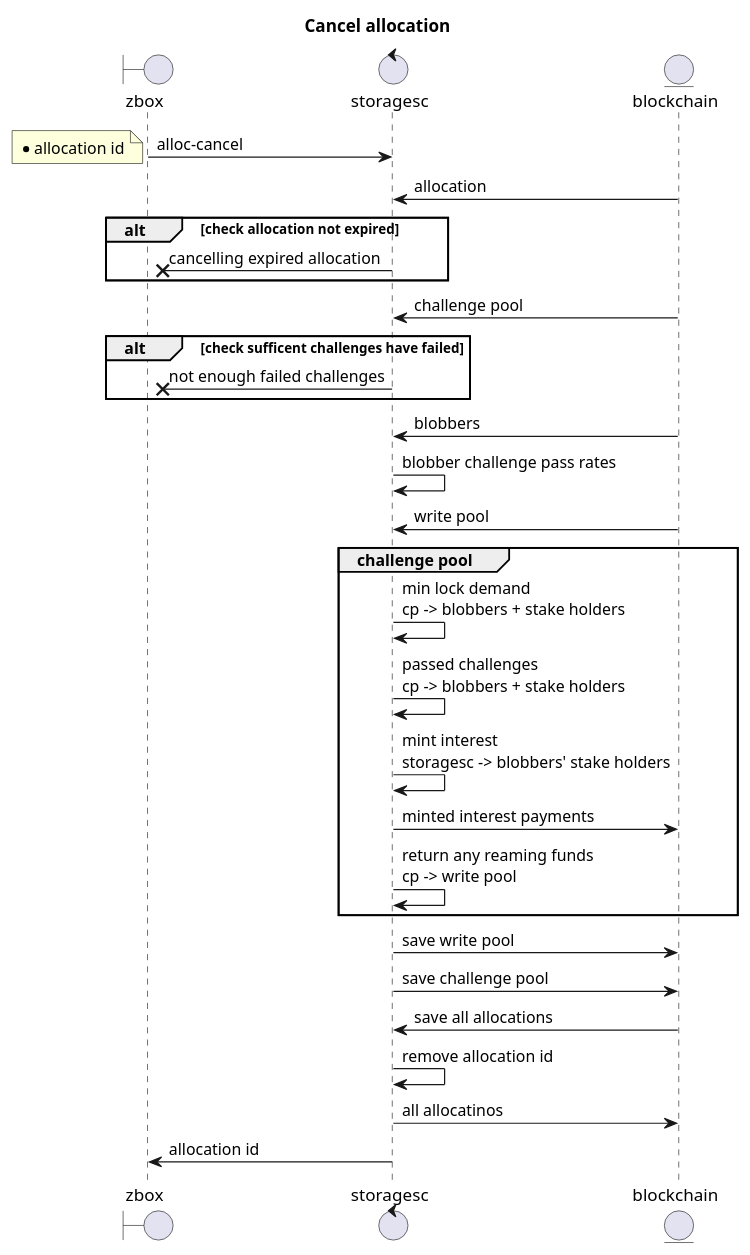
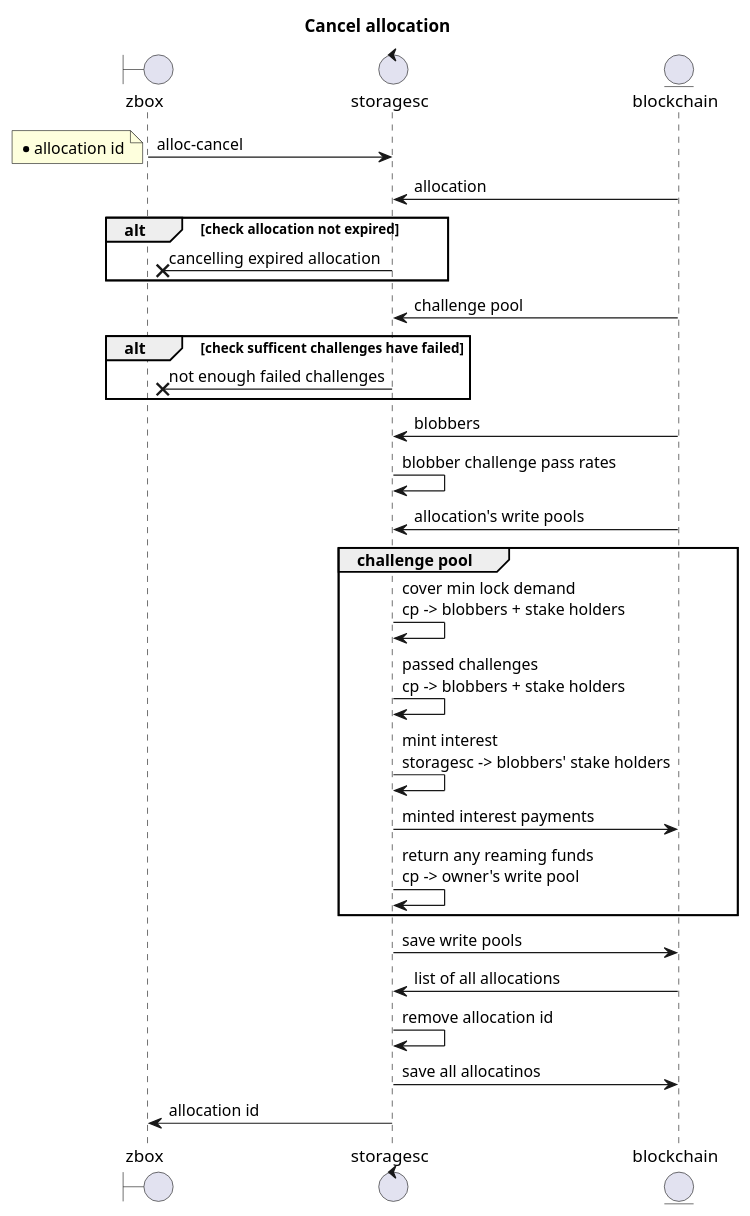
One commit to 0chain/zboxcli changed diagram 21 of 32 in documents/uml.md. Above: the diagram before and after it, drawn with PlantUML. The commit also changed other lines of this file and 1 other file, not shown here.

````diff
--- a/documents/uml.md
+++ b/documents/uml.md
@@ -468,34 +468,33 @@
  ```puml
 title Cancel allocation
 boundary zbox 
 control storagesc
 entity blockchain
 zbox ->storagesc: alloc-cancel 
 note left
     * allocation id
 end note
     blockchain -> storagesc : allocation
     alt check allocation not expired
        storagesc->x zbox : cancelling expired allocation
     end
     blockchain ->storagesc: challenge pool
     alt check sufficent challenges have failed
        storagesc->x zbox : not enough failed challenges
     end
     blockchain ->storagesc:blobbers
     storagesc->storagesc: blobber challenge pass rates
-    blockchain ->storagesc: write pool   
+    blockchain ->storagesc: allocation's write pools   
     group challenge pool
-       storagesc->storagesc: min lock demand\ncp -> blobbers + stake holders
+       storagesc->storagesc: cover min lock demand\ncp -> blobbers + stake holders
        storagesc->storagesc: passed challenges\ncp -> blobbers + stake holders
        storagesc->storagesc: mint interest\nstoragesc -> blobbers' stake holders 
        storagesc-> blockchain : minted interest payments
-       storagesc->storagesc: return any reaming funds\ncp -> write pool
+       storagesc->storagesc: return any reaming funds\ncp -> owner's write pool
     end
-   storagesc-> blockchain : save write pool
-   storagesc-> blockchain : save challenge pool
-    blockchain ->storagesc: save all allocations
+   storagesc-> blockchain : save write pools
+   blockchain ->storagesc: list of all allocations
    storagesc->storagesc: remove allocation id 
-   storagesc-> blockchain : all allocatinos    
+   storagesc-> blockchain : save all allocatinos    
 storagesc -> zbox : allocation id 
 ```
````
